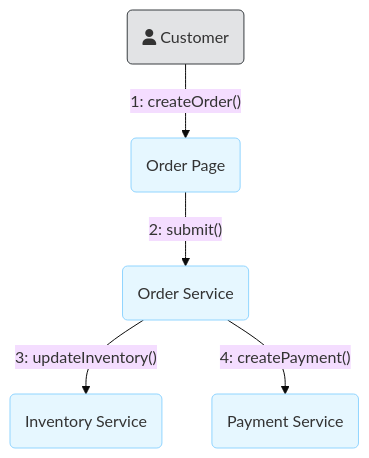
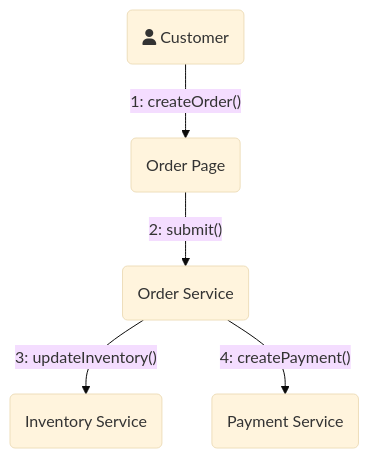
The third of 4 diagrams in docs/software-modeling/interaction-modeling.md (sujith-eag/sujith-library), drawn with Mermaid (base theme) before and after one commit. The commit also changed other lines of this file and 41 other files, not shown here.

First line of the commit message:
Refactor diagrams and remove redundant styles in documentation

````diff
--- a/docs/software-modeling/interaction-modeling.md
+++ b/docs/software-modeling/interaction-modeling.md
@@ -120,13 +120,7 @@
 ```mermaid
 graph TD
     A(fa:fa-user Customer) -- "1: createOrder()" --> B(Order Page)
     B -- "2: submit()" --> C(Order Service)
     C -- "3: updateInventory()" --> D(Inventory Service)
     C -- "4: createPayment()" --> E(Payment Service)
-    
-    style A fill:#e2e3e5,stroke:#383d41
-    style B fill:#e6f7ff,stroke:#91d5ff
-    style C fill:#e6f7ff,stroke:#91d5ff
-    style D fill:#e6f7ff,stroke:#91d5ff
-    style E fill:#e6f7ff,stroke:#91d5ff
 ```
````
